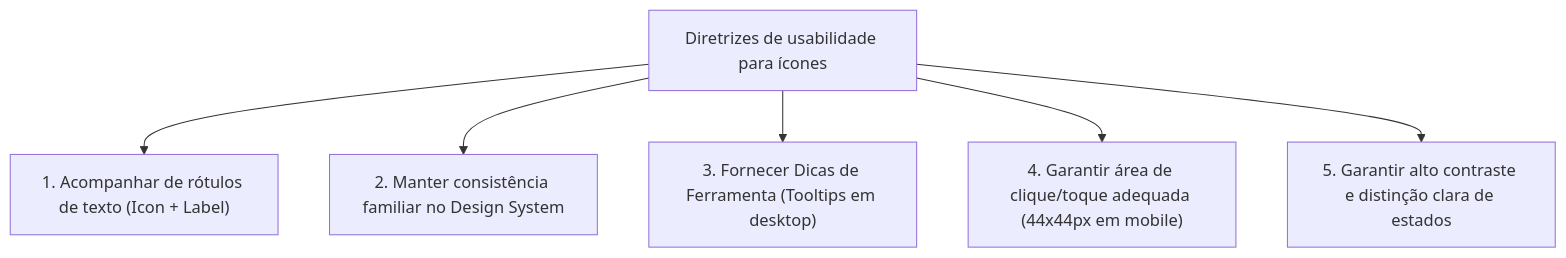
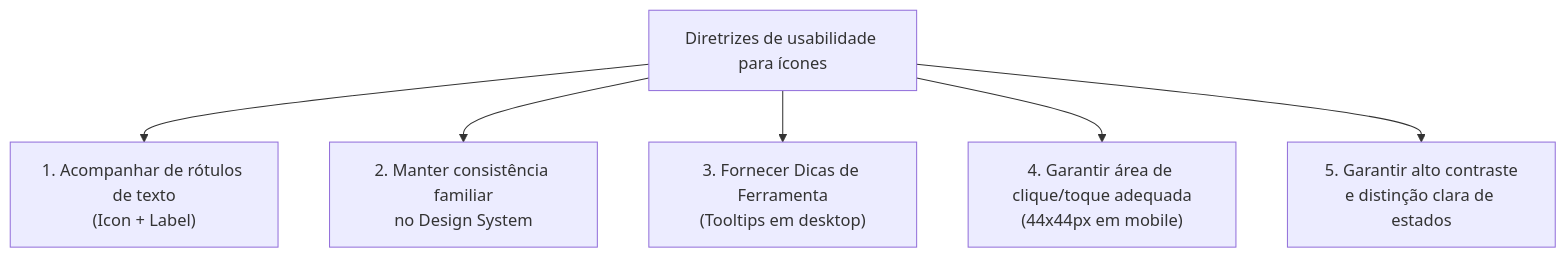
Before and after one commit to leorruas/puc: the third of 3 diagrams in 08. Design de Interacao/17. Projeto de ícones em interfaces interativas - metáfora, mapeamento direto e convenção.md, drawn with Mermaid. The commit also changed other lines of this file and 22 other files, not shown here.

Commit message:
style: optimize all Mermaid diagrams to tight vertical flows and enforce bidirectional navigation linking in AGENTS.md

````diff
--- a/08. Design de Interacao/17. Projeto de ícones em interfaces interativas - metáfora, mapeamento direto e convenção.md
+++ b/08. Design de Interacao/17. Projeto de ícones em interfaces interativas - metáfora, mapeamento direto e convenção.md
@@ -121,8 +121,8 @@
 ```mermaid
 graph TD
-    Diretrizes["Diretrizes de usabilidade para ícones"] --> D1["1. Acompanhar de rótulos de texto (Icon + Label)"]
-    Diretrizes --> D2["2. Manter consistência familiar no Design System"]
-    Diretrizes --> D3["3. Fornecer Dicas de Ferramenta (Tooltips em desktop)"]
-    Diretrizes --> D4["4. Garantir área de clique/toque adequada (44x44px em mobile)"]
-    Diretrizes --> D5["5. Garantir alto contraste e distinção clara de estados"]
+    Diretrizes["Diretrizes de usabilidade para ícones"] --> D1["1. Acompanhar de rótulos de texto<br>(Icon + Label)"]
+    Diretrizes --> D2["2. Manter consistência familiar<br>no Design System"]
+    Diretrizes --> D3["3. Fornecer Dicas de Ferramenta<br>(Tooltips em desktop)"]
+    Diretrizes --> D4["4. Garantir área de clique/toque adequada<br>(44x44px em mobile)"]
+    Diretrizes --> D5["5. Garantir alto contraste<br>e distinção clara de estados"]
 ```
````
